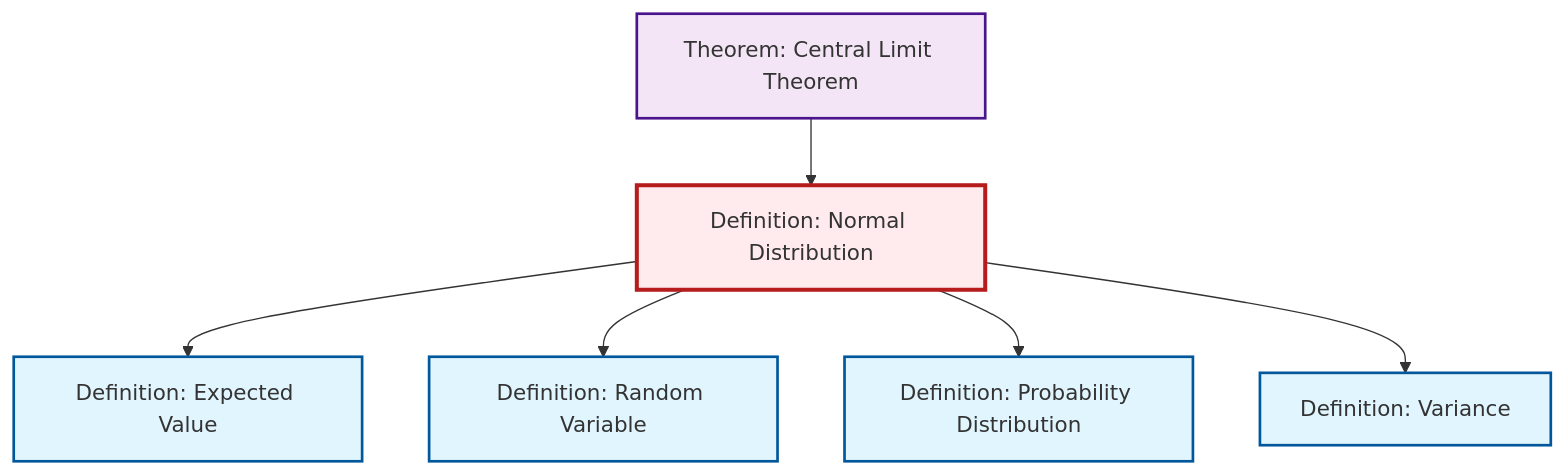
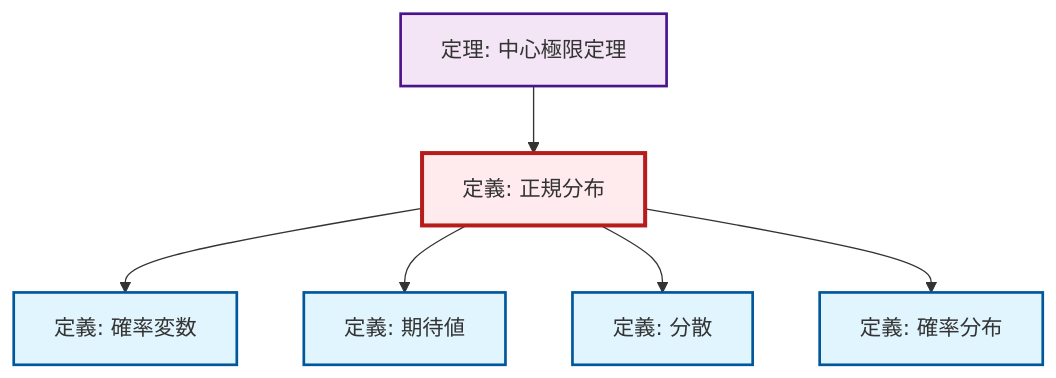
The diagram in content/ja/probability-statistics/def-normal-distribution.qmd (RK0429/ModernMath), drawn with Mermaid before and after one commit. The commit also changed 1069 other files, not shown here.

````diff
--- a/content/ja/probability-statistics/def-normal-distribution.qmd
+++ b/content/ja/probability-statistics/def-normal-distribution.qmd
@@ -130,26 +130,26 @@
 ```{mermaid}
 %%| fig-cap: "Local dependency graph"
 graph TD
     classDef definition fill:#e1f5fe,stroke:#01579b,stroke-width:2px
     classDef theorem fill:#f3e5f5,stroke:#4a148c,stroke-width:2px
     classDef axiom fill:#fff3e0,stroke:#e65100,stroke-width:2px
     classDef example fill:#e8f5e9,stroke:#1b5e20,stroke-width:2px
     classDef current fill:#ffebee,stroke:#b71c1c,stroke-width:3px
-    def-normal-distribution["Definition: Normal Distribution"]:::definition
-    def-expectation["Definition: Expected Value"]:::definition
-    def-probability-distribution["Definition: Probability Distribution"]:::definition
-    def-variance["Definition: Variance"]:::definition
-    def-random-variable["Definition: Random Variable"]:::definition
-    thm-central-limit["Theorem: Central Limit Theorem"]:::theorem
+    def-expectation["定義: 期待値"]:::definition
+    thm-central-limit["定理: 中心極限定理"]:::theorem
+    def-random-variable["定義: 確率変数"]:::definition
+    def-variance["定義: 分散"]:::definition
+    def-probability-distribution["定義: 確率分布"]:::definition
+    def-normal-distribution["定義: 正規分布"]:::definition
+    def-normal-distribution --> def-random-variable
+    def-normal-distribution --> def-expectation
+    def-normal-distribution --> def-variance
+    def-normal-distribution --> def-probability-distribution
     thm-central-limit --> def-normal-distribution
-    def-normal-distribution --> def-expectation
-    def-normal-distribution --> def-random-variable
-    def-normal-distribution --> def-probability-distribution
-    def-normal-distribution --> def-variance
     class def-normal-distribution current
-    click def-expectation "def-expectation.html" "Definition: Expected Valueへ"
-    click def-probability-distribution "def-probability-distribution.html" "Definition: Probability Distributionへ"
-    click def-variance "def-variance.html" "Definition: Varianceへ"
-    click def-random-variable "def-random-variable.html" "Definition: Random Variableへ"
-    click thm-central-limit "thm-central-limit.html" "Theorem: Central Limit Theoremへ"
+    click def-expectation "def-expectation.html" "期待値の定義へ"
+    click thm-central-limit "thm-central-limit.html" "中心極限定理の定理へ"
+    click def-random-variable "def-random-variable.html" "確率変数の定義へ"
+    click def-variance "def-variance.html" "分散の定義へ"
+    click def-probability-distribution "def-probability-distribution.html" "確率分布の定義へ"
 ```
````
